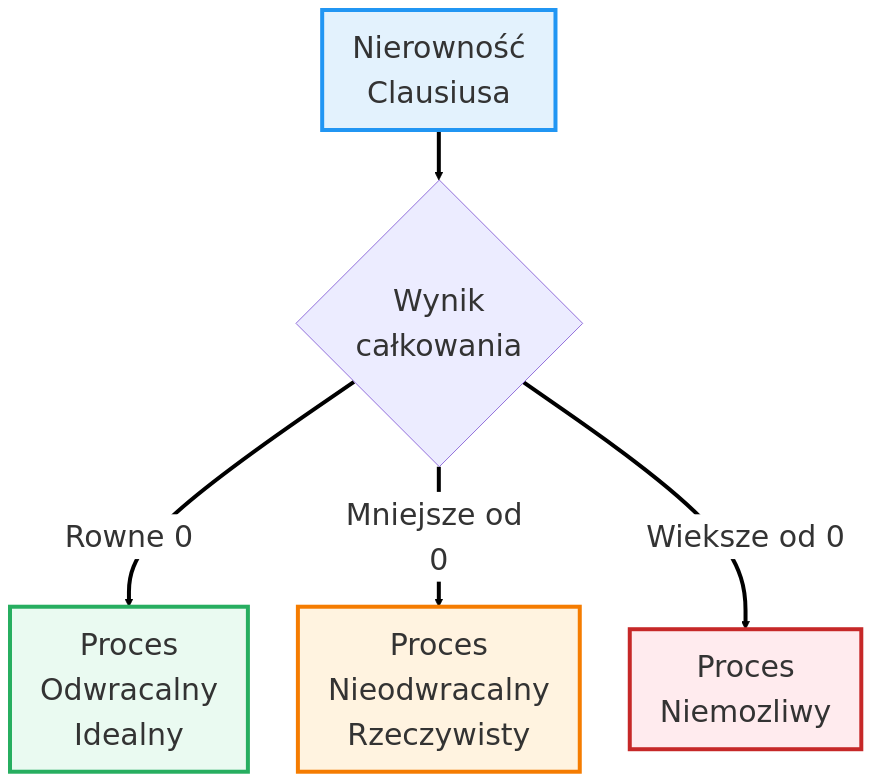
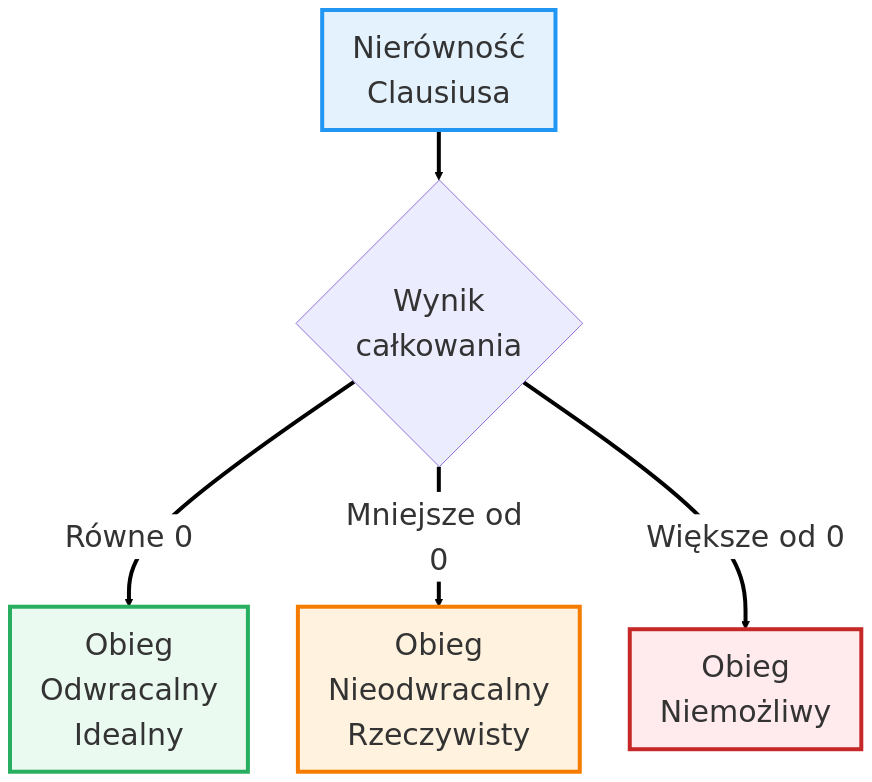
One commit to moondec/Termodynamika changed the diagram in Wyklady/07_II_Zasada_2.qmd. Above: the diagram before and after it, drawn with Mermaid. The commit also changed other lines of this file and 80 other files, not shown here.

````diff
--- a/Wyklady/07_II_Zasada_2.qmd
+++ b/Wyklady/07_II_Zasada_2.qmd
@@ -92,15 +92,15 @@
 ```{mermaid}
 %%{init: {'theme': 'default', 'flowchart': { 'useMaxWidth': false, 'htmlLabels': true }, 'themeVariables': { 'fontSize': '30px', 'fontFamily': 'sans-serif', 'primaryColor': '#ffffff', 'edgeLabelBackground':'#ffffff', 'tertiaryColor': '#fff0f0' }}}%%
 graph TD
-    A[Nierowność<br>Clausiusa] --> B{Wynik<br>całkowania}
-    B -- "Rowne 0" --> C[Proces<br>Odwracalny<br>Idealny]
-    B -- "Mniejsze od 0" --> D[Proces<br>Nieodwracalny<br>Rzeczywisty]
-    B -- "Wieksze od 0" --> E[Proces<br>Niemozliwy]
+    A[Nierówność<br>Clausiusa] --> B{Wynik<br>całkowania}
+    B -- "Równe 0" --> C[Obieg<br>Odwracalny<br>Idealny]
+    B -- "Mniejsze od 0" --> D[Obieg<br>Nieodwracalny<br>Rzeczywisty]
+    B -- "Większe od 0" --> E[Obieg<br>Niemożliwy]
 
     style A fill:#e3f2fd,stroke:#2196f3,stroke-width:4px
     style C fill:#eafaf1,stroke:#27ae60,stroke-width:4px
     style D fill:#fff3e0,stroke:#f57c00,stroke-width:4px
     style E fill:#ffebee,stroke:#c62828,stroke-width:4px
     
     linkStyle 0,1,2,3 stroke-width:4px,fill:none,stroke:black
 ```
````
